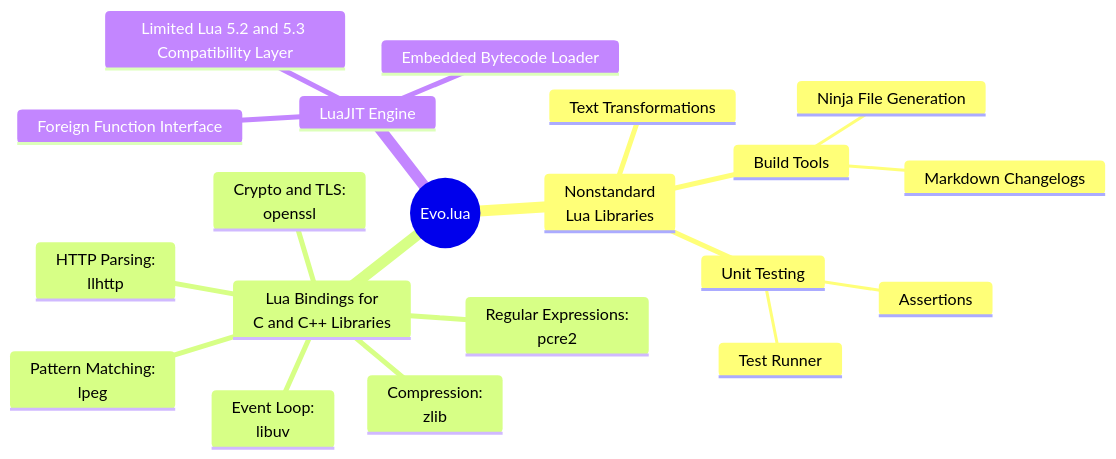
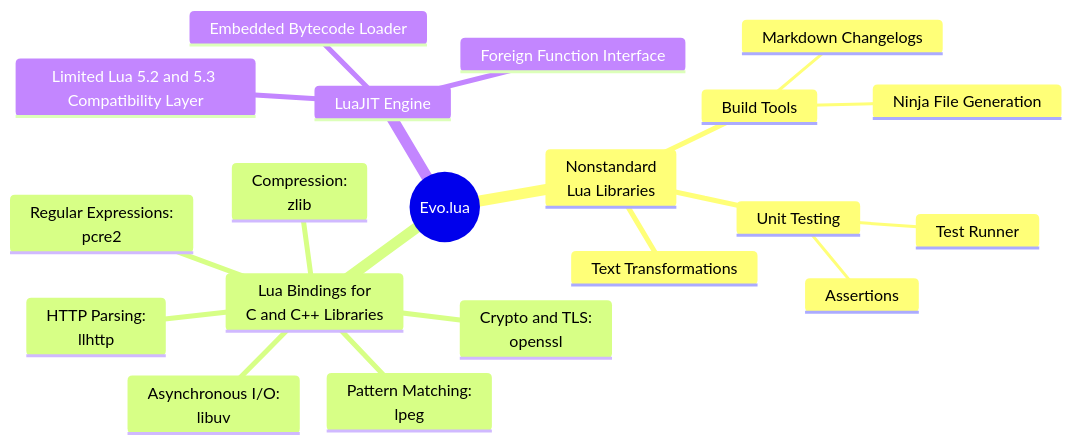
Before and after one commit to evo-lua/evo-lua.github.io: the diagram in docs/background-information/architecture/mindmap.mmd, drawn with Mermaid.

```diff
--- a/docs/background-information/architecture/mindmap.mmd
+++ b/docs/background-information/architecture/mindmap.mmd
@@ -1,21 +1,21 @@
 mindmap
   root((Evo.lua))
     Nonstandard<br/>Lua Libraries
       Text Transformations
       Build Tools
         Ninja File Generation
         Markdown Changelogs
       Unit Testing
         Test Runner
         Assertions
     Lua Bindings for<br/>C and C++ Libraries
-      Event Loop:<br/>libuv
+      Asynchronous I/O:<br/>libuv
       Crypto and TLS:<br/>openssl
       Compression:<br/>zlib
       Regular Expressions:<br/>pcre2
       Pattern Matching:<br/>lpeg
       HTTP Parsing:<br/>llhttp
     LuaJIT Engine
       Foreign Function Interface
       Embedded Bytecode Loader
       Limited Lua 5.2 and 5.3 Compatibility Layer
```
